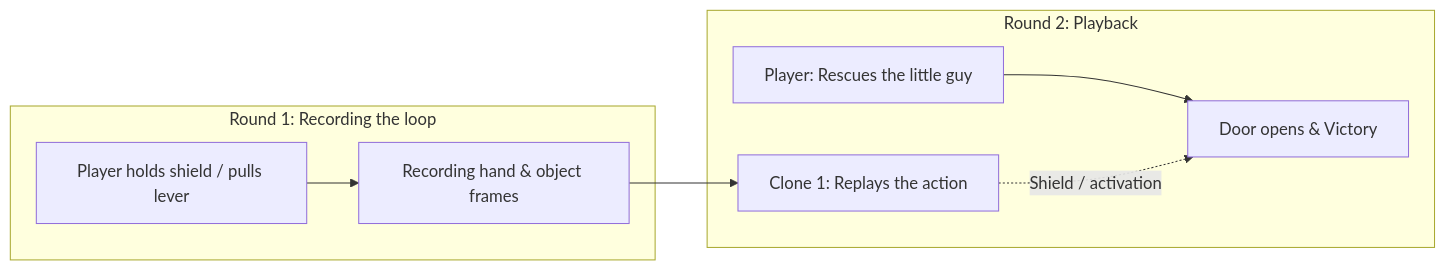
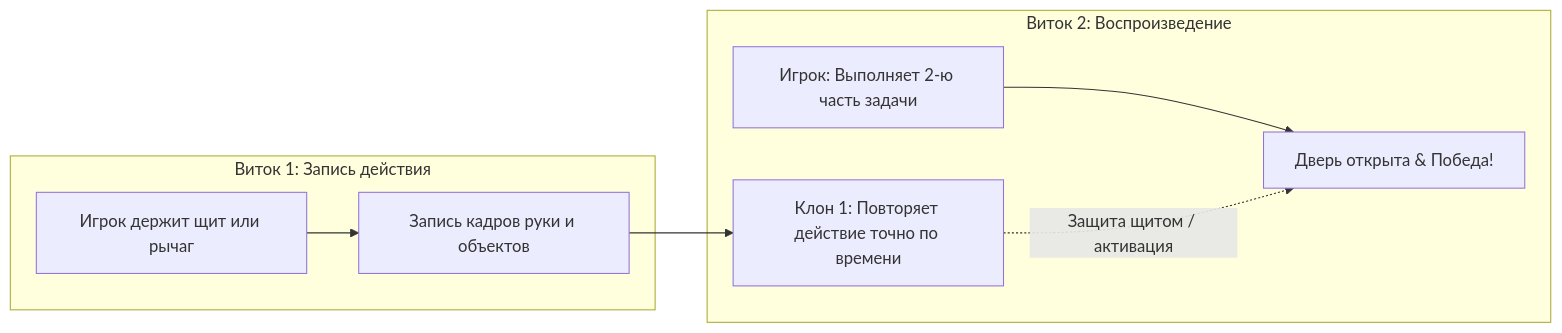
The diagram in README.md (UNI-ROOM/admit-hackathon-2026), drawn with Mermaid before and after one commit. The commit also changed other lines of this file, not shown here.

````diff
--- a/README.md
+++ b/README.md
@@ -80,11 +62,11 @@
 ```mermaid
 flowchart LR
-    subgraph Round1 [Round 1: Recording the loop]
-        A[Player holds shield / pulls lever] --> B[Recording hand & object frames]
+    subgraph Round1 [Виток 1: Запись действия]
+        A[Игрок держит щит или рычаг] --> B[Запись кадров руки и объектов]
     end
-    subgraph Round2 [Round 2: Playback]
-        B --> C[Clone 1: Replays the action]
-        D[Player: Rescues the little guy] --> E[Door opens & Victory]
-        C -. Shield / activation .-> E
+    subgraph Round2 [Виток 2: Воспроизведение]
+        B --> C[Клон 1: Повторяет действие точно по времени]
+        D[Игрок: Выполняет 2-ю часть задачи] --> E[Дверь открыта & Победа!]
+        C -. Защита щитом / активация .-> E
     end
 ```
````
